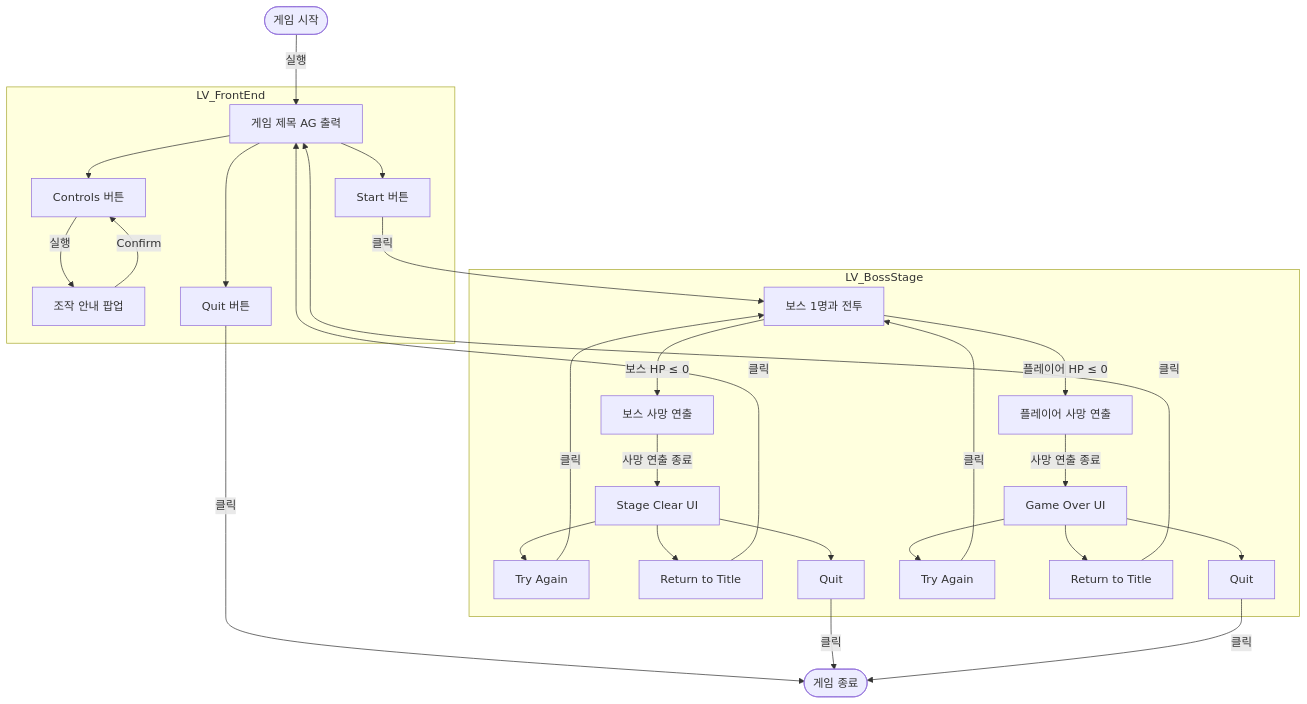
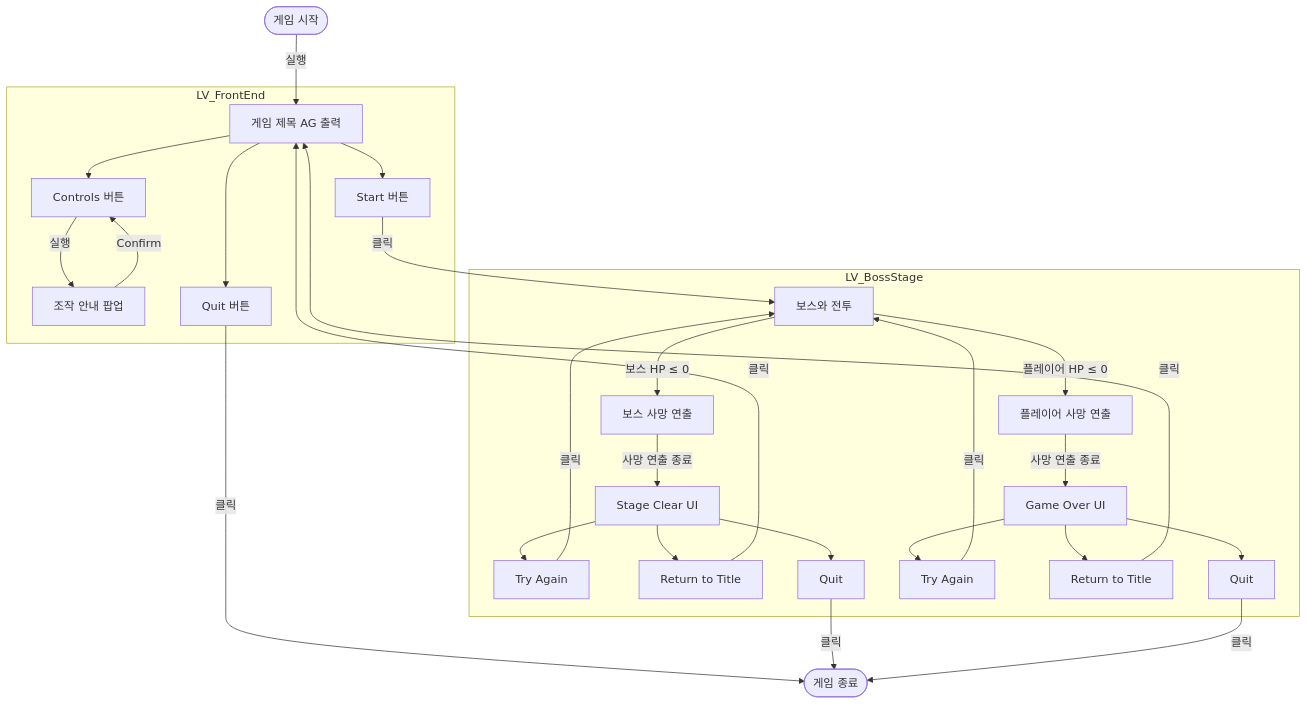
The diagram in Docs/Design/게임 플로우.md (Woogl/Ag), drawn with Mermaid before and after one commit. The commit also changed other lines of this file and 34 other files, not shown here.

````diff
--- a/Docs/Design/게임 플로우.md
+++ b/Docs/Design/게임 플로우.md
@@ -112,52 +53,52 @@
 ```mermaid
 flowchart TD
     start([게임 시작]) -->|실행| title
 
     subgraph FE["LV_FrontEnd"]
         title["게임 제목 AG 출력"]
         startBtn[Start 버튼]
         controlsBtn[Controls 버튼]
         controlsPopup[조작 안내 팝업]
         quitBtn[Quit 버튼]
         title --> startBtn
         title --> controlsBtn
         title --> quitBtn
         controlsBtn -->|실행| controlsPopup
         controlsPopup -->|Confirm| controlsBtn
     end
 
     quitBtn -->|클릭| exitGame([게임 종료])
     startBtn -->|클릭| combat
 
     subgraph BOSS["LV_BossStage"]
-        combat["보스 1명과 전투"]
+        combat[보스와 전투]
         bossDeath[보스 사망 연출]
         playerDeath[플레이어 사망 연출]
         clearUI[Stage Clear UI]
         overUI[Game Over UI]
         clearRetry[Try Again]
         clearHome[Return to Title]
         clearQuit[Quit]
         overRetry[Try Again]
         overHome[Return to Title]
         overQuit[Quit]
 
         combat -->|보스 HP ≤ 0| bossDeath
         combat -->|플레이어 HP ≤ 0| playerDeath
         bossDeath -->|사망 연출 종료| clearUI
         playerDeath -->|사망 연출 종료| overUI
         clearUI --> clearRetry
         clearUI --> clearHome
         clearUI --> clearQuit
         overUI --> overRetry
         overUI --> overHome
         overUI --> overQuit
     end
 
     clearRetry -->|클릭| combat
     overRetry -->|클릭| combat
     clearHome -->|클릭| title
     overHome -->|클릭| title
     clearQuit -->|클릭| exitGame
     overQuit -->|클릭| exitGame
 ```
````
